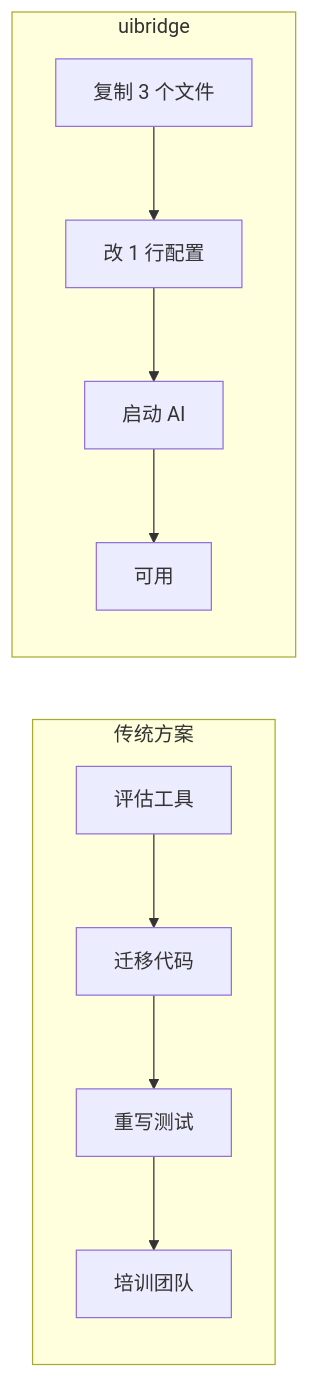
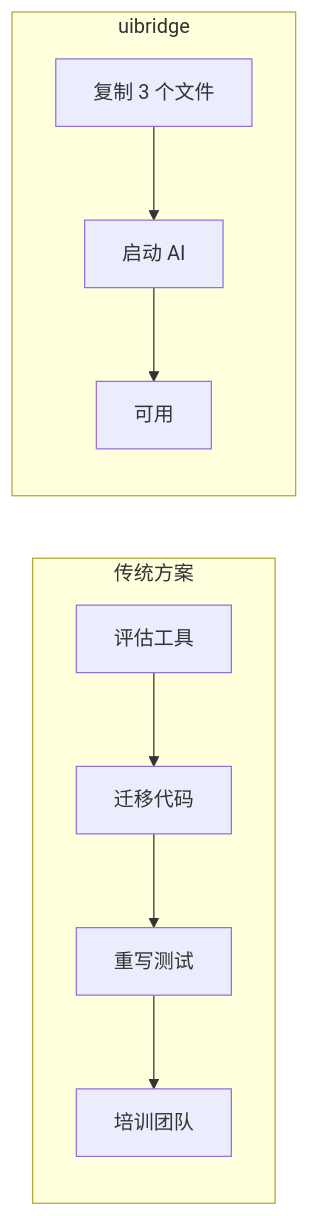
Before and after one commit to timgunnar/UIBridge: the first of 2 diagrams in docs/positioning.md, drawn with Mermaid. The commit also changed other lines of this file and 6 other files, not shown here.

````diff
--- a/docs/positioning.md
+++ b/docs/positioning.md
@@ -46,9 +46,9 @@
 ```mermaid
 graph LR
     subgraph A["传统方案"]
         A1["评估工具"] --> A2["迁移代码"] --> A3["重写测试"] --> A4["培训团队"]
     end
     subgraph B["uibridge"]
-        B1["复制 3 个文件"] --> B2["改 1 行配置"] --> B3["启动 AI"] --> B4["可用"]
+        B1["复制 3 个文件"] --> B2["启动 AI"] --> B3["可用"]
     end
 ```
````
